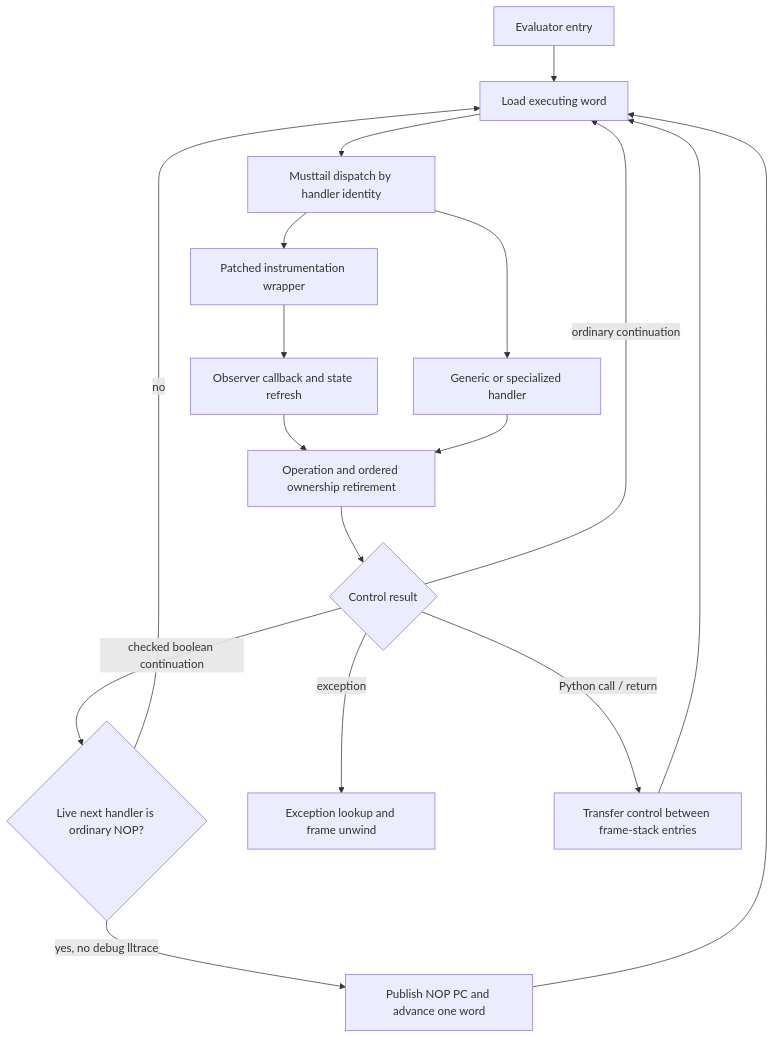
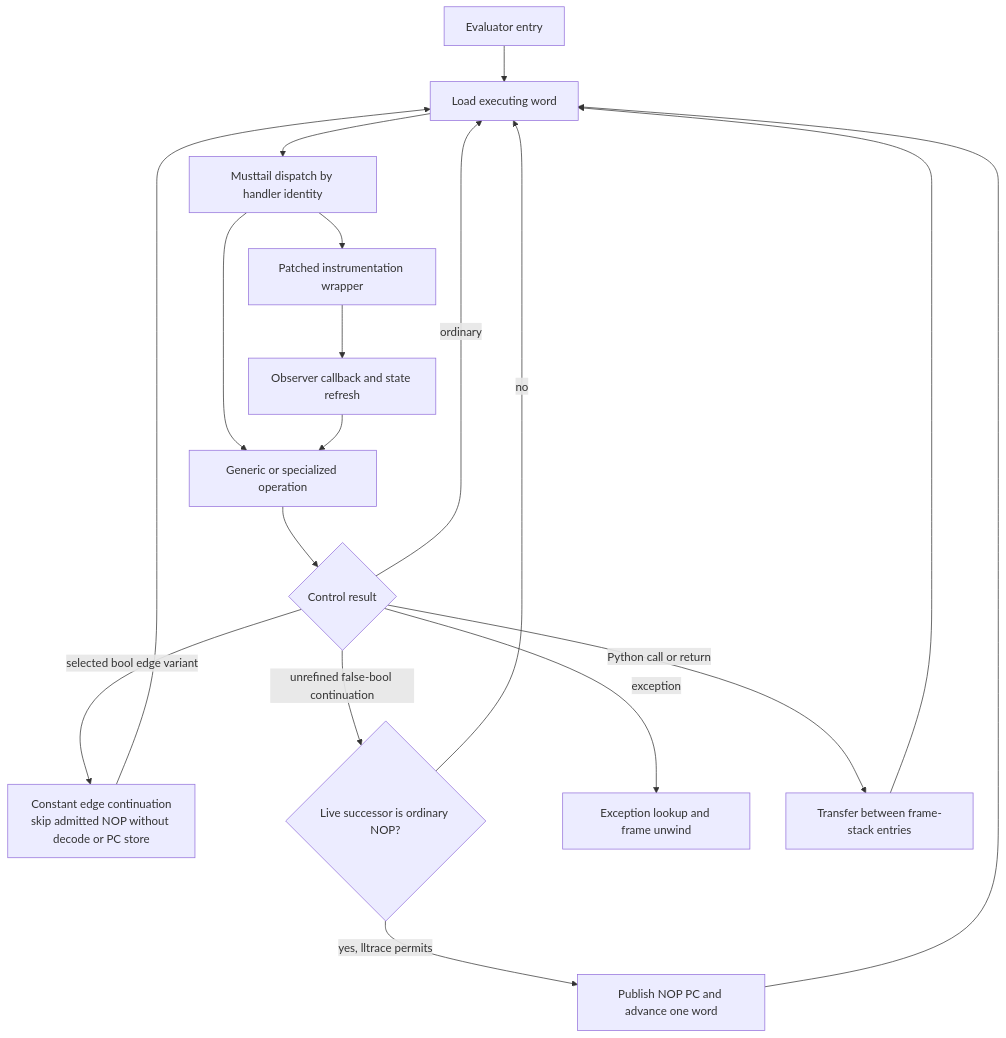
Before and after one commit to rjpower/cpython: the first of 2 diagrams in pyjit/design/interpreter.md, drawn with Mermaid. The commit also changed other lines of this file and 44 other files, not shown here.

````diff
--- a/pyjit/design/interpreter.md
+++ b/pyjit/design/interpreter.md
@@ -31,19 +39,20 @@
 ```mermaid
 flowchart TD
     enter[Evaluator entry] --> word[Load executing word]
     word --> select[Musttail dispatch by handler identity]
-    select --> base[Generic or specialized handler]
+    select --> base[Generic or specialized operation]
     select --> wrapper[Patched instrumentation wrapper]
     wrapper --> observe[Observer callback and state refresh]
-    observe --> op[Operation and ordered ownership retirement]
-    base --> op
-    op --> outcome{Control result}
-    outcome -->|ordinary continuation| word
-    outcome -->|checked boolean continuation| check{Live next handler is ordinary NOP?}
-    check -->|yes, no debug lltrace| nop[Publish NOP PC and advance one word]
+    observe --> base
+    base --> outcome{Control result}
+    outcome -->|ordinary| word
+    outcome -->|selected bool edge variant| edge[Constant edge continuation<br/>skip admitted NOP without decode or PC store]
+    edge --> word
+    outcome -->|unrefined false-bool continuation| check{Live successor is ordinary NOP?}
+    check -->|yes, lltrace permits| nop[Publish NOP PC and advance one word]
+    check -->|no| word
     nop --> word
-    check -->|no| word
     outcome -->|exception| unwind[Exception lookup and frame unwind]
-    outcome -->|Python call / return| switch[Transfer control between frame-stack entries]
+    outcome -->|Python call or return| switch[Transfer between frame-stack entries]
     switch --> word
 ```
````
